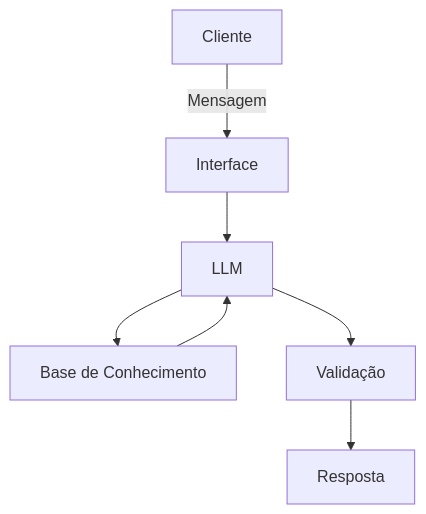
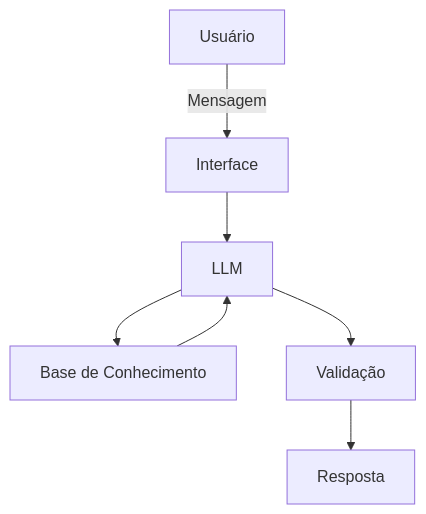
The diagram in docs/01-documentacao-agente.md (Martins-DennisCoppola/dio-lab-bia-do-futuro), drawn with Mermaid before and after one commit. The commit also changed other lines of this file, not shown here.

````diff
--- a/docs/01-documentacao-agente.md
+++ b/docs/01-documentacao-agente.md
@@ -42,9 +42,9 @@
 ```mermaid
 flowchart TD
-    A[Cliente] -->|Mensagem| B[Interface]
+    A[Usuário] -->|Mensagem| B[Interface]
     B --> C[LLM]
     C --> D[Base de Conhecimento]
     D --> C
     C --> E[Validação]
     E --> F[Resposta]
 ```
````
